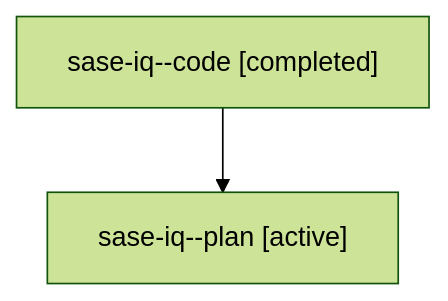
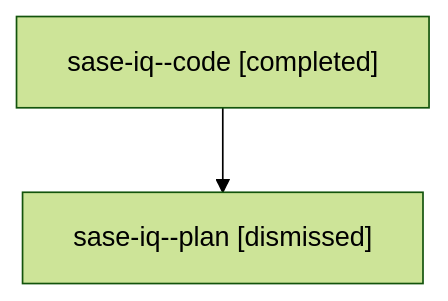
Before and after one commit to sase-org/sase--agents: the diagram in sessions/bbugyi200.athena.sase-iq.md, drawn with Mermaid (forest theme). The commit also changed other lines of this file and 36 other files, not shown here.

````diff
--- a/sessions/bbugyi200.athena.sase-iq.md
+++ b/sessions/bbugyi200.athena.sase-iq.md
@@ -9,6 +9,6 @@
 ```mermaid
 flowchart TD
   n0["sase-iq--code [completed]"]
-  n1["sase-iq--plan [active]"]
+  n1["sase-iq--plan [dismissed]"]
   n0 --> n1
 ```
````
